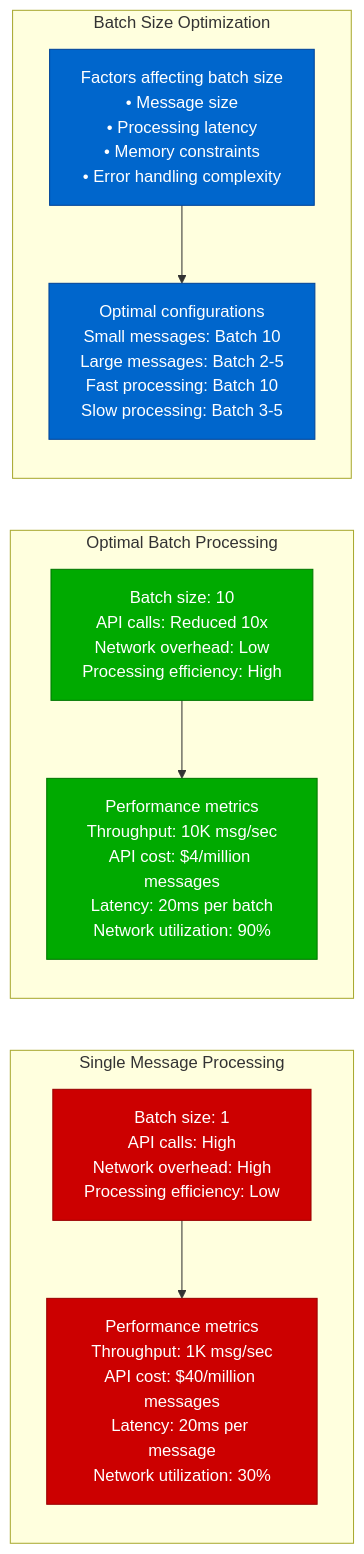
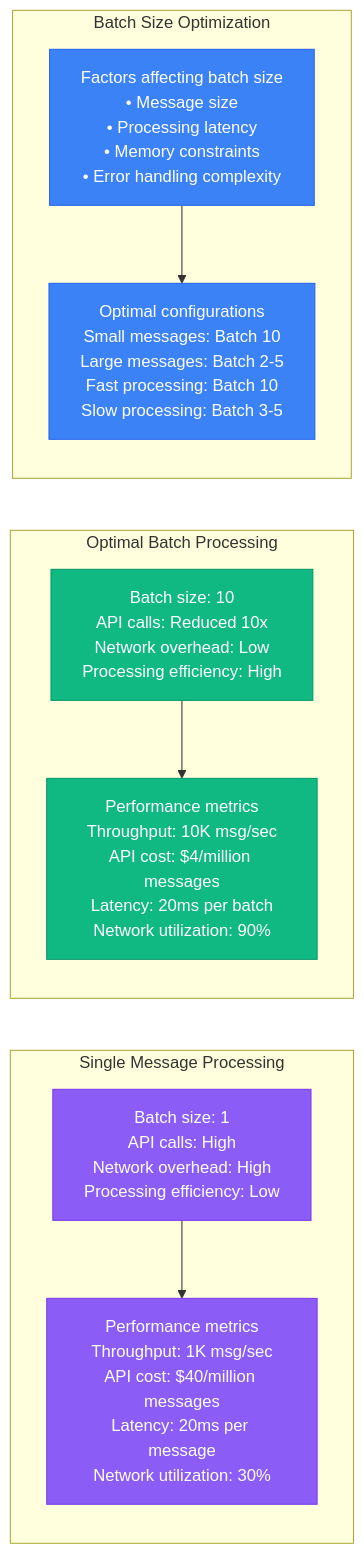
One commit to deepaucksharma/DS changed the fifth of 13 diagrams in site/docs/performance/sqs-sns-performance-profile.md. Above: the diagram before and after it, drawn with Mermaid. The commit also changed other lines of this file and 303 other files, not shown here.

````diff
--- a/site/docs/performance/sqs-sns-performance-profile.md
+++ b/site/docs/performance/sqs-sns-performance-profile.md
@@ -149,34 +149,34 @@
 ```mermaid
 graph LR
     subgraph "Single Message Processing"
         SINGLE1[Batch size: 1<br/>API calls: High<br/>Network overhead: High<br/>Processing efficiency: Low]
 
         SINGLE2[Performance metrics<br/>Throughput: 1K msg/sec<br/>API cost: $40/million messages<br/>Latency: 20ms per message<br/>Network utilization: 30%]
 
         SINGLE1 --> SINGLE2
     end
 
     subgraph "Optimal Batch Processing"
         BATCH1[Batch size: 10<br/>API calls: Reduced 10x<br/>Network overhead: Low<br/>Processing efficiency: High]
 
         BATCH2[Performance metrics<br/>Throughput: 10K msg/sec<br/>API cost: $4/million messages<br/>Latency: 20ms per batch<br/>Network utilization: 90%]
 
         BATCH1 --> BATCH2
     end
 
     subgraph "Batch Size Optimization"
         OPT1[Factors affecting batch size<br/>• Message size<br/>• Processing latency<br/>• Memory constraints<br/>• Error handling complexity]
 
         OPT2[Optimal configurations<br/>Small messages: Batch 10<br/>Large messages: Batch 2-5<br/>Fast processing: Batch 10<br/>Slow processing: Batch 3-5]
 
         OPT1 --> OPT2
     end
 
-    classDef singleStyle fill:#CC0000,stroke:#990000,color:#fff
-    classDef batchStyle fill:#00AA00,stroke:#007700,color:#fff
-    classDef optStyle fill:#0066CC,stroke:#004499,color:#fff
+    classDef singleStyle fill:#8B5CF6,stroke:#7C3AED,color:#fff
+    classDef batchStyle fill:#10B981,stroke:#059669,color:#fff
+    classDef optStyle fill:#3B82F6,stroke:#2563EB,color:#fff
 
     class SINGLE1,SINGLE2 singleStyle
     class BATCH1,BATCH2 batchStyle
     class OPT1,OPT2 optStyle
 ```
````
